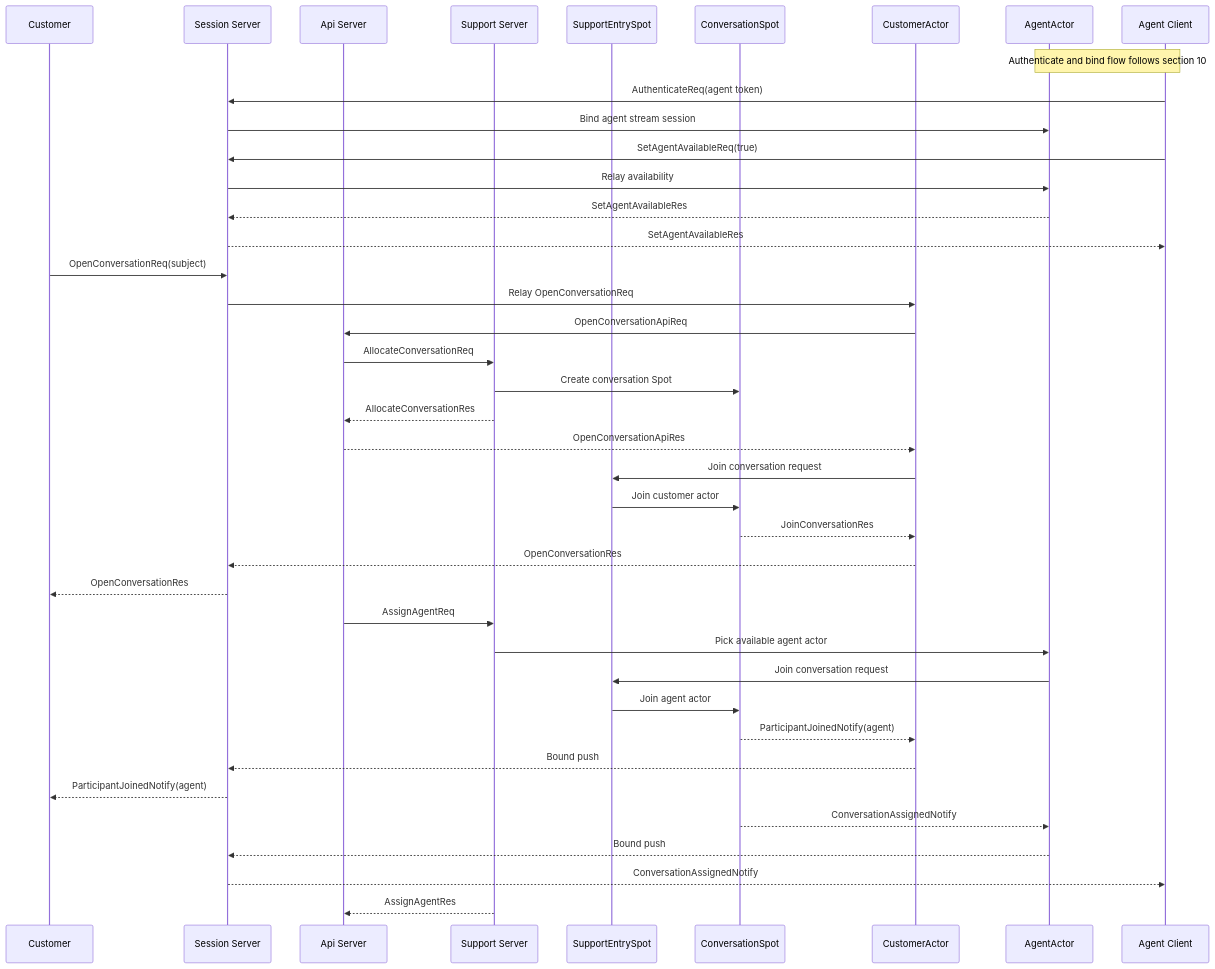
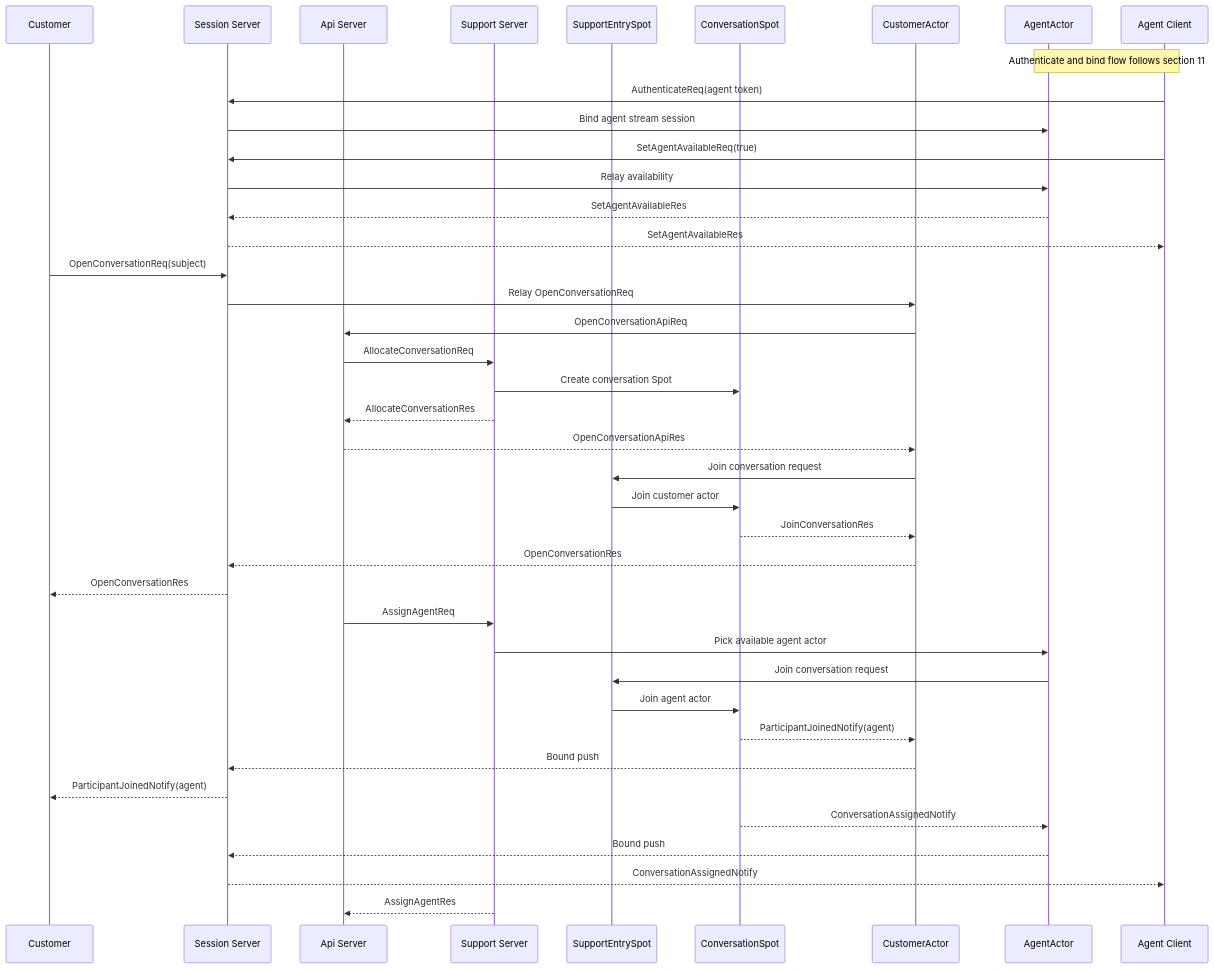
One commit to kairos-code-dev/zlink changed the third of 7 diagrams in framework/doc/spec/sample/supportchat/README.ko.md. Above: the diagram before and after it, drawn with Mermaid. The commit also changed other lines of this file and 267 other files, not shown here.

````diff
--- a/framework/doc/spec/sample/supportchat/README.ko.md
+++ b/framework/doc/spec/sample/supportchat/README.ko.md
@@ -476,44 +568,44 @@
 ```mermaid
 sequenceDiagram
     participant C as Customer
     participant S as Session Server
     participant API as Api Server
     participant SUP as Support Server
     participant E as SupportEntrySpot
     participant R as ConversationSpot
     participant CA as CustomerActor
     participant AA as AgentActor
     participant A as Agent Client
 
-    Note over A,AA: Authenticate and bind flow follows section 10
+    Note over A,AA: Authenticate and bind flow follows section 11
     A->>S: AuthenticateReq(agent token)
     S->>AA: Bind agent stream session
     A->>S: SetAgentAvailableReq(true)
     S->>AA: Relay availability
     AA-->>S: SetAgentAvailableRes
     S-->>A: SetAgentAvailableRes
 
     C->>S: OpenConversationReq(subject)
     S->>CA: Relay OpenConversationReq
     CA->>API: OpenConversationApiReq
     API->>SUP: AllocateConversationReq
     SUP->>R: Create conversation Spot
     SUP-->>API: AllocateConversationRes
     API-->>CA: OpenConversationApiRes
     CA->>E: Join conversation request
     E->>R: Join customer actor
     R-->>CA: JoinConversationRes
     CA-->>S: OpenConversationRes
     S-->>C: OpenConversationRes
     API->>SUP: AssignAgentReq
     SUP->>AA: Pick available agent actor
     AA->>E: Join conversation request
     E->>R: Join agent actor
     R-->>CA: ParticipantJoinedNotify(agent)
     CA-->>S: Bound push
     S-->>C: ParticipantJoinedNotify(agent)
     R-->>AA: ConversationAssignedNotify
     AA-->>S: Bound push
     S-->>A: ConversationAssignedNotify
     SUP-->>API: AssignAgentRes
 ```
````
